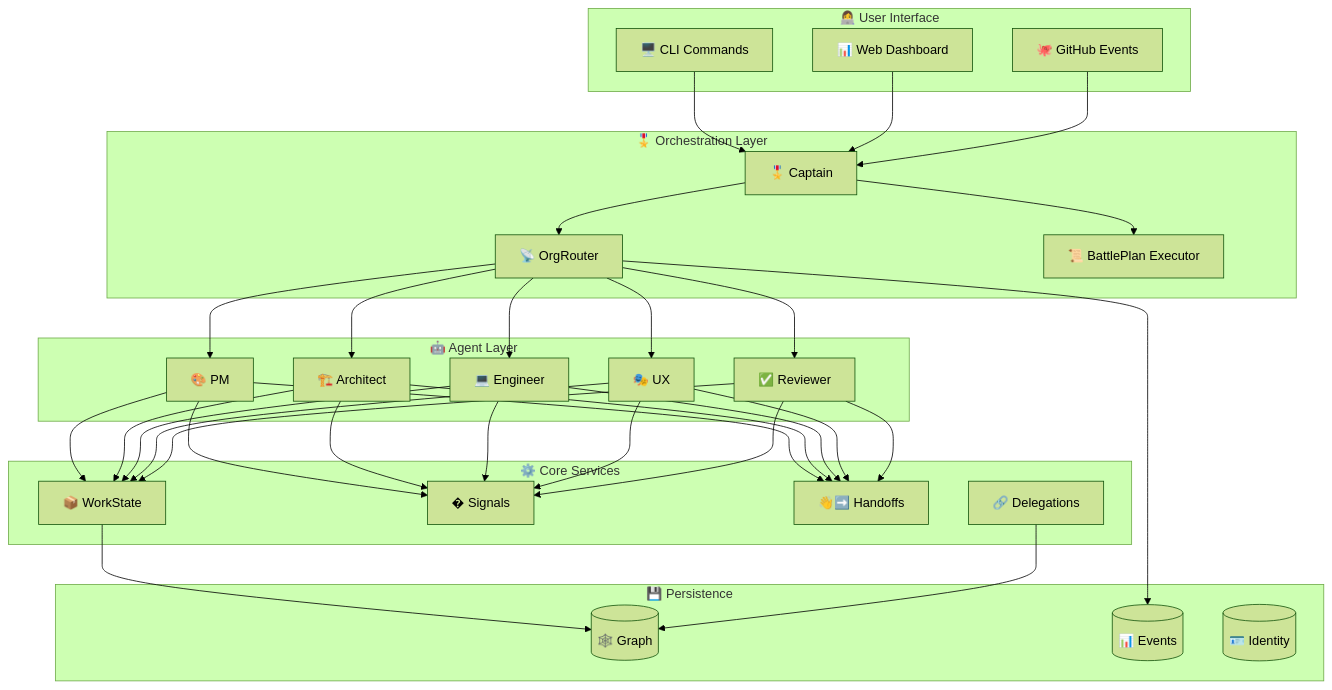
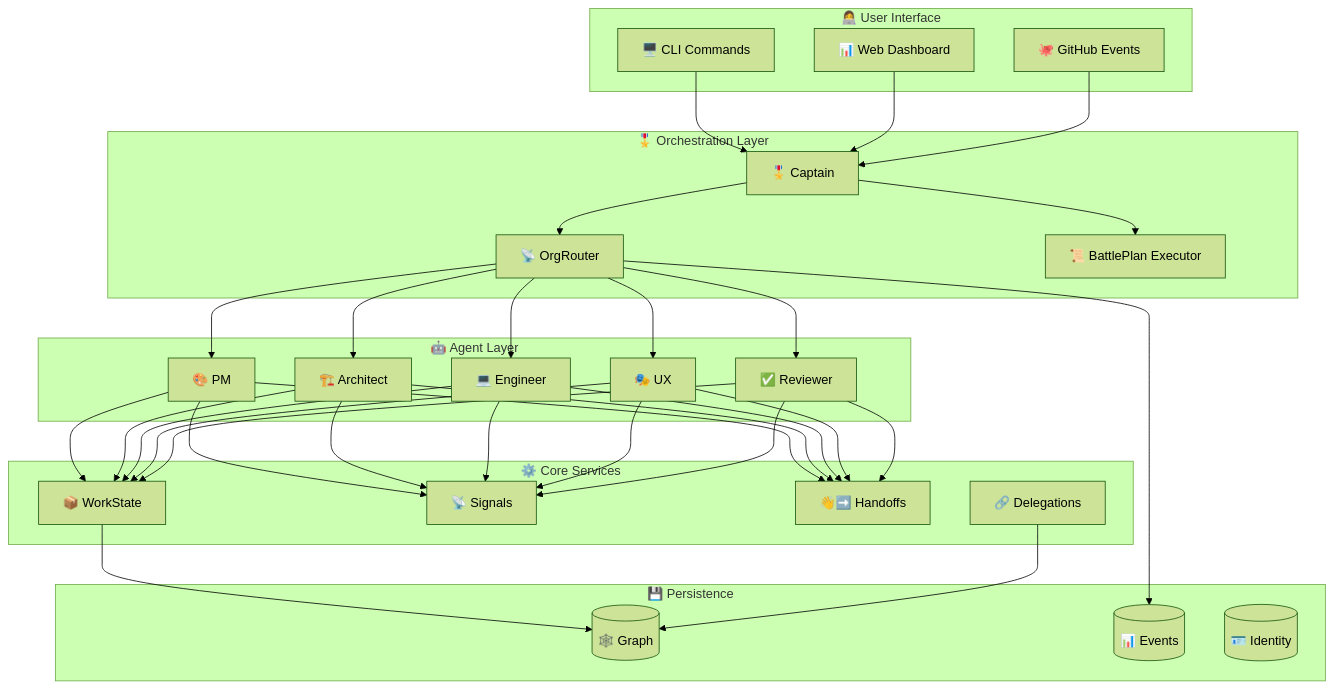
One commit to jnPiyush/AI-Squad changed the seventh of 7 diagrams in README.md. Above: the diagram before and after it, drawn with Mermaid (forest theme). The commit also changed other lines of this file, not shown here.

First line of the commit message:
Fix corrupted Convoy and Signal emojis

````diff
--- a/README.md
+++ b/README.md
@@ -530,43 +530,43 @@
 ```mermaid
 graph TB
     subgraph "👩‍💻 User Interface"
         CLI["🖥️ CLI Commands"]
         Dashboard["📊 Web Dashboard"]
         GH["🐙 GitHub Events"]
     end
     
     subgraph "🎖️ Orchestration Layer"
         Captain["🎖️ Captain"]
         Router["📡 OrgRouter"]
         BPE["📜 BattlePlan Executor"]
     end
     
     subgraph "🤖 Agent Layer"
         PM["🎨 PM"]
         Arch["🏗️ Architect"]
         Eng["💻 Engineer"]
         UX["🎭 UX"]
         Rev["✅ Reviewer"]
     end
     
     subgraph "⚙️ Core Services"
         WS["📦 WorkState"]
-        Signal["� Signals"]
+        Signal["📡 Signals"]
         Handoff["👋➡️ Handoffs"]
         Del["🔗 Delegations"]
     end
     
     subgraph "💾 Persistence"
         Graph[("🕸️ Graph")]
         Events[("📊 Events")]
         Identity[("🪪 Identity")]
     end
     
     CLI & Dashboard & GH --> Captain
     Captain --> Router --> PM & Arch & Eng & UX & Rev
     Captain --> BPE
     PM & Arch & Eng & UX & Rev --> WS & Signal & Handoff
     WS --> Graph
     Del --> Graph
     Router --> Events
 ```
````
